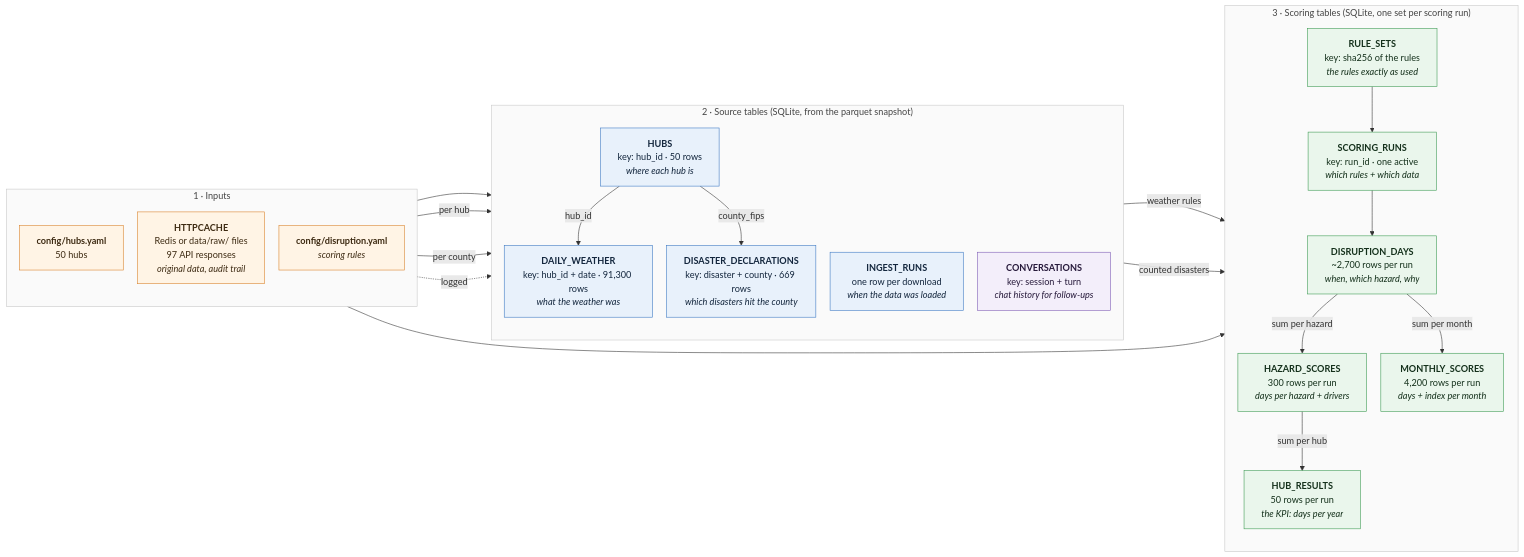
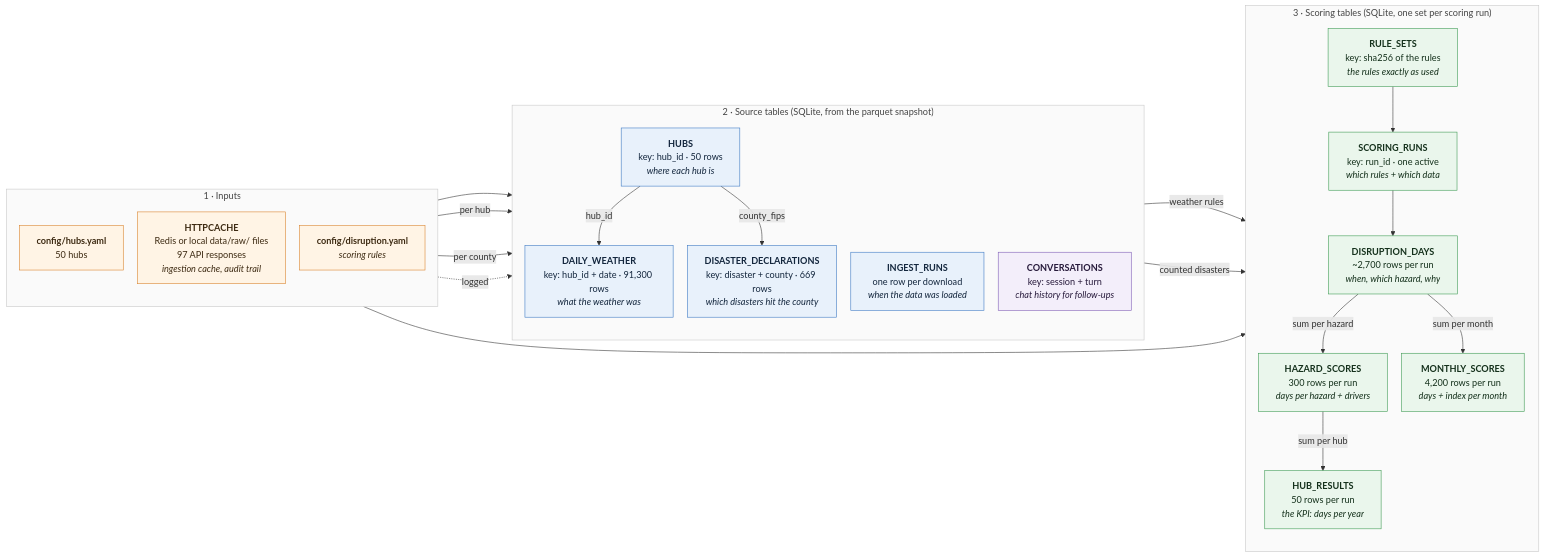
Before and after one commit to Omer212111/Home-assignment-Moveo: the diagram in docs/DATA_MODEL.md, drawn with Mermaid. The commit also changed other lines of this file and 104 other files, not shown here.

First line of the commit message:
Remove the raw API cache from git (data/raw is now a local, git-ignored ingestion cache); the snapshot stays the source of truth

````diff
--- a/docs/DATA_MODEL.md
+++ b/docs/DATA_MODEL.md
@@ -8,61 +8,61 @@
 ```mermaid
 ---
 config:
   flowchart:
     curve: basis
     nodeSpacing: 25
     rankSpacing: 55
 ---
 flowchart LR
     subgraph L1["1 · Inputs"]
         direction TB
         Y["<b>config/hubs.yaml</b><br/>50 hubs"]
-        HC["<b>HTTPCACHE</b><br/>Redis or data/raw/ files<br/>97 API responses<br/><i>original data, audit trail</i>"]
+        HC["<b>HTTPCACHE</b><br/>Redis or local data/raw/ files<br/>97 API responses<br/><i>ingestion cache, audit trail</i>"]
         RY["<b>config/disruption.yaml</b><br/><i>scoring rules</i>"]
     end
 
     subgraph L2["2 · Source tables (SQLite, from the parquet snapshot)"]
         direction TB
         H["<b>HUBS</b><br/>key: hub_id · 50 rows<br/><i>where each hub is</i>"]
         W["<b>DAILY_WEATHER</b><br/>key: hub_id + date · 91,300 rows<br/><i>what the weather was</i>"]
         D["<b>DISASTER_DECLARATIONS</b><br/>key: disaster + county · 669 rows<br/><i>which disasters hit the county</i>"]
         I["<b>INGEST_RUNS</b><br/>one row per download<br/><i>when the data was loaded</i>"]
         C["<b>CONVERSATIONS</b><br/>key: session + turn<br/><i>chat history for follow-ups</i>"]
     end
 
     subgraph L3["3 · Scoring tables (SQLite, one set per scoring run)"]
         direction TB
         RS["<b>RULE_SETS</b><br/>key: sha256 of the rules<br/><i>the rules exactly as used</i>"]
         SR["<b>SCORING_RUNS</b><br/>key: run_id · one active<br/><i>which rules + which data</i>"]
         DD["<b>DISRUPTION_DAYS</b><br/>~2,700 rows per run<br/><i>when, which hazard, why</i>"]
         HZ["<b>HAZARD_SCORES</b><br/>300 rows per run<br/><i>days per hazard + drivers</i>"]
         HR["<b>HUB_RESULTS</b><br/>50 rows per run<br/><i>the KPI: days per year</i>"]
         MS["<b>MONTHLY_SCORES</b><br/>4,200 rows per run<br/><i>days + index per month</i>"]
     end
 
     Y --> H
     HC -- "per hub" --> W
     HC -- "per county" --> D
     HC -. "logged" .-> I
     RY --> RS
     H -- "hub_id" --> W
     H -- "county_fips" --> D
     RS --> SR
     W -- "weather rules" --> DD
     D -- "counted disasters" --> DD
     SR --> DD
     DD -- "sum per hazard" --> HZ
     HZ -- "sum per hub" --> HR
     DD -- "sum per month" --> MS
 
     classDef cache fill:#fff4e5,stroke:#d9822b,color:#3d2a12
     classDef sql fill:#e8f1fb,stroke:#3b78c3,color:#13263d
     classDef score fill:#eaf6ec,stroke:#3c9a52,color:#14301b
     classDef chat fill:#f3eefa,stroke:#7d5bb5,color:#271a3b
     classDef layer fill:#fafafa,stroke:#c8c8c8,color:#444
     class HC,Y,RY cache
     class H,W,D,I sql
     class C chat
     class RS,SR,DD,HZ,HR,MS score
     class L1,L2,L3 layer
 ```
````
